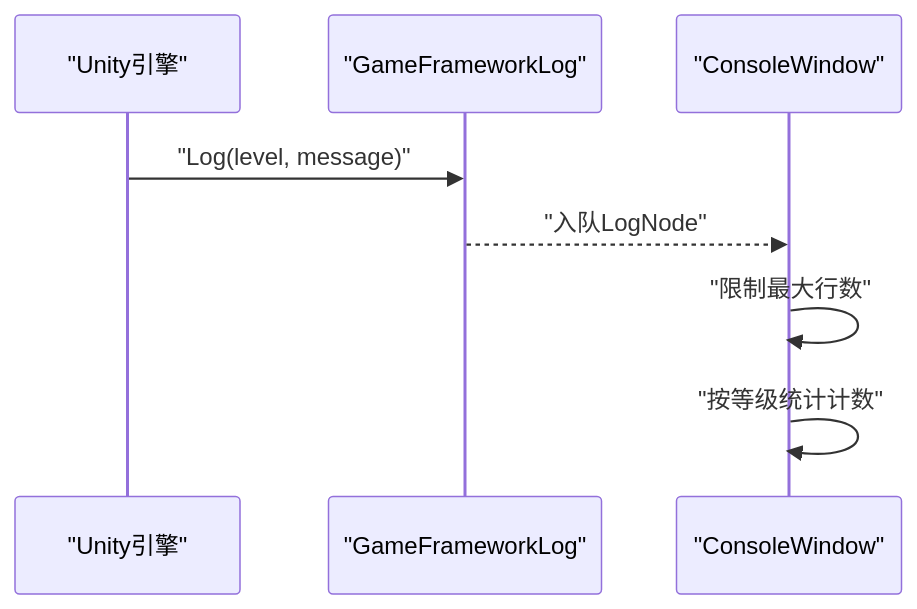
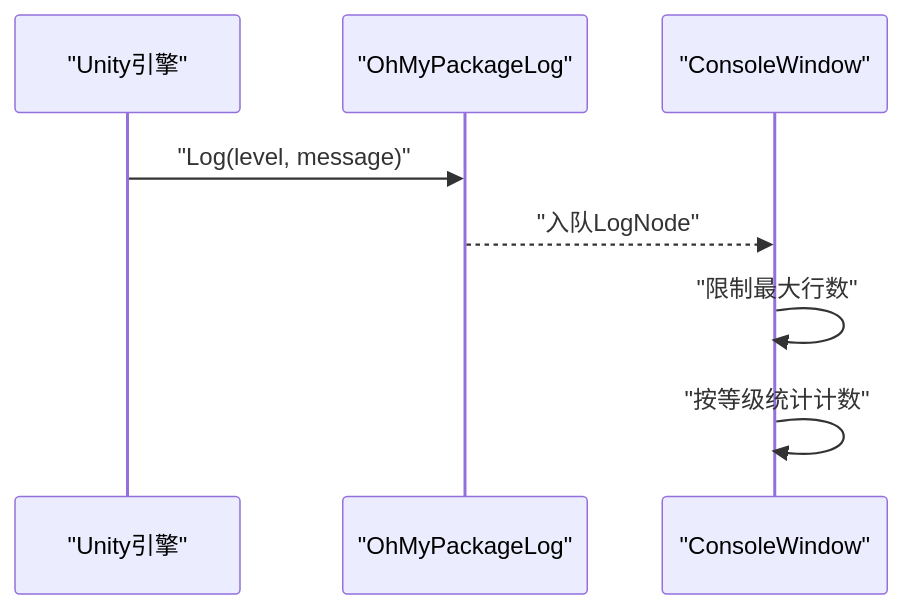
Before and after one commit to OxygenIsland/MyGame: the fourth of 8 diagrams in repowiki/zh/content/性能优化/性能监控系统/性能监控系统.md, drawn with Mermaid. The commit also changed other lines of this file and 34 other files, not shown here.

````diff
--- a/repowiki/zh/content/性能优化/性能监控系统/性能监控系统.md
+++ b/repowiki/zh/content/性能优化/性能监控系统/性能监控系统.md
@@ -168,10 +168,10 @@
 ```mermaid
 sequenceDiagram
 participant Unity as "Unity引擎"
-participant Logger as "GameFrameworkLog"
+participant Logger as "OhMyPackageLog"
 participant Console as "ConsoleWindow"
 Unity->>Logger : "Log(level, message)"
 Logger-->>Console : "入队LogNode"
 Console->>Console : "限制最大行数"
 Console->>Console : "按等级统计计数"
 ```
````
